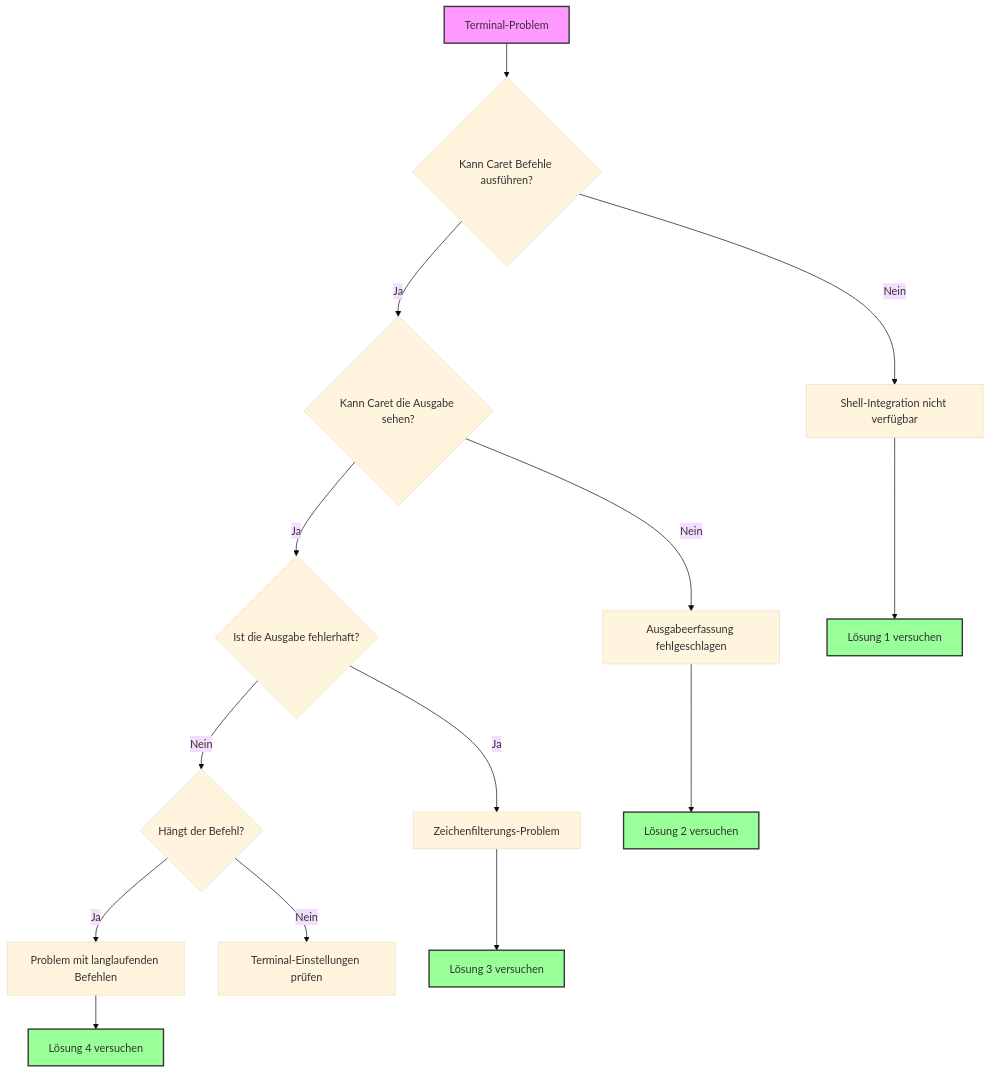
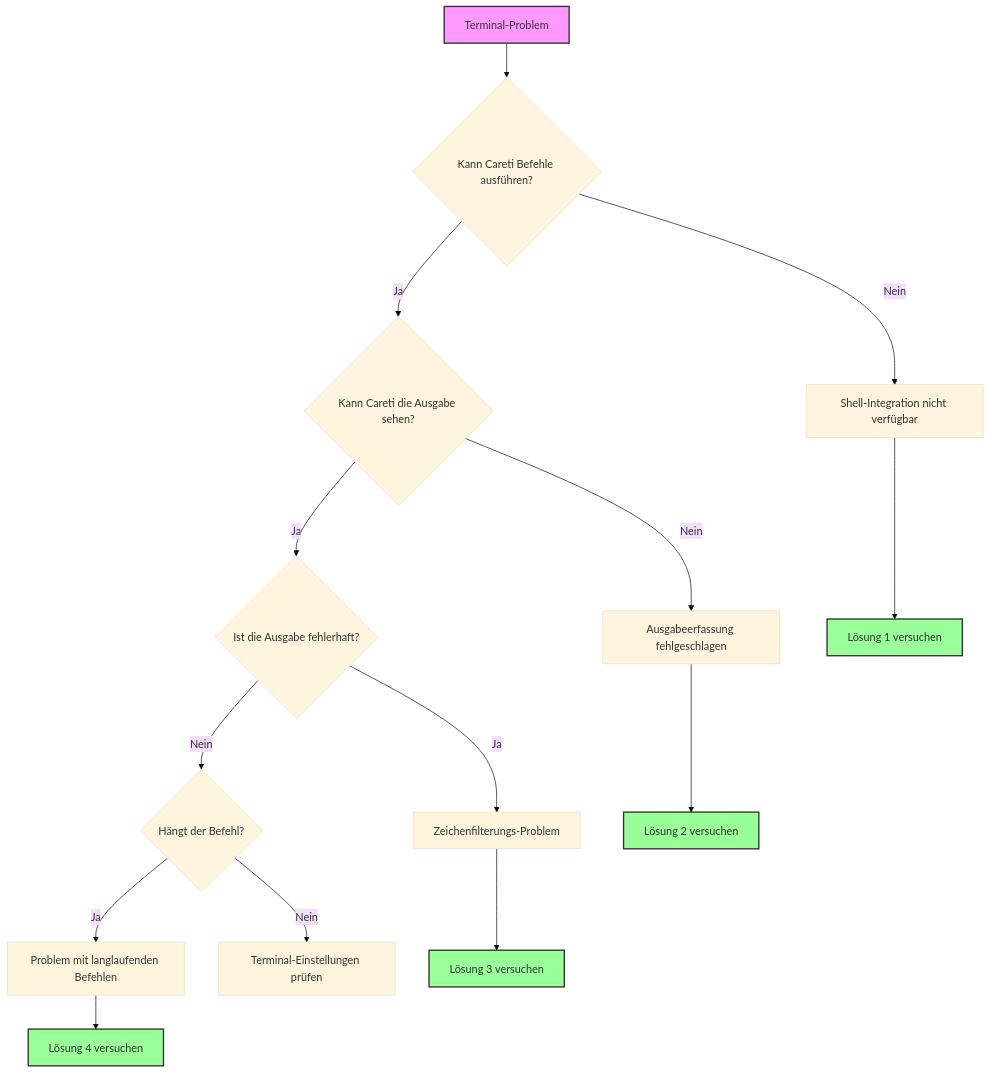
Before and after one commit to aicoding-caret/docs.caret.team: the diagram in docs-de/troubleshooting/terminal-integration-guide.mdx, drawn with Mermaid (base theme). The commit also changed other lines of this file and 777 other files, not shown here.

First line of the commit message:
feat: rebrand Caret → Careti across all documentation

````diff
--- a/docs-de/troubleshooting/terminal-integration-guide.mdx
+++ b/docs-de/troubleshooting/terminal-integration-guide.mdx
@@ -19,23 +19,23 @@
 ```mermaid
 graph TD
-    A[Terminal-Problem] --> B{Kann Caret Befehle ausführen?}
+    A[Terminal-Problem] --> B{Kann Careti Befehle ausführen?}
     B -->|Nein| C[Shell-Integration nicht verfügbar]
-    B -->|Ja| D{Kann Caret die Ausgabe sehen?}
+    B -->|Ja| D{Kann Careti die Ausgabe sehen?}
     D -->|Nein| E[Ausgabeerfassung fehlgeschlagen]
     D -->|Ja| F{Ist die Ausgabe fehlerhaft?}
     F -->|Ja| G[Zeichenfilterungs-Problem]
     F -->|Nein| H{Hängt der Befehl?}
     H -->|Ja| I[Problem mit langlaufenden Befehlen]
     H -->|Nein| J[Terminal-Einstellungen prüfen]
 
     C --> K[Lösung 1 versuchen]
     E --> L[Lösung 2 versuchen]
     G --> M[Lösung 3 versuchen]
     I --> N[Lösung 4 versuchen]
 
     style A fill:#f9f,stroke:#333,stroke-width:2px
     style K fill:#9f9,stroke:#333,stroke-width:2px
     style L fill:#9f9,stroke:#333,stroke-width:2px
     style M fill:#9f9,stroke:#333,stroke-width:2px
     style N fill:#9f9,stroke:#333,stroke-width:2px
 ```
````
